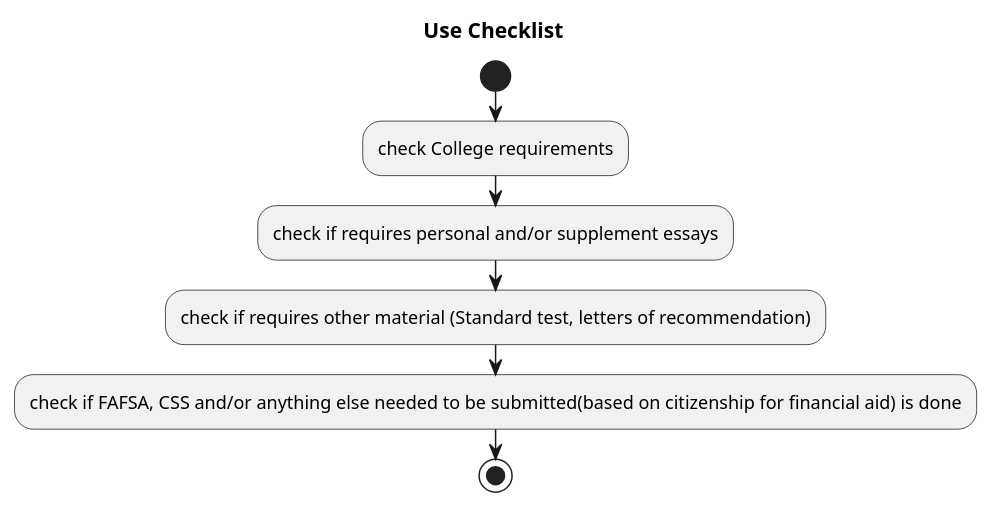
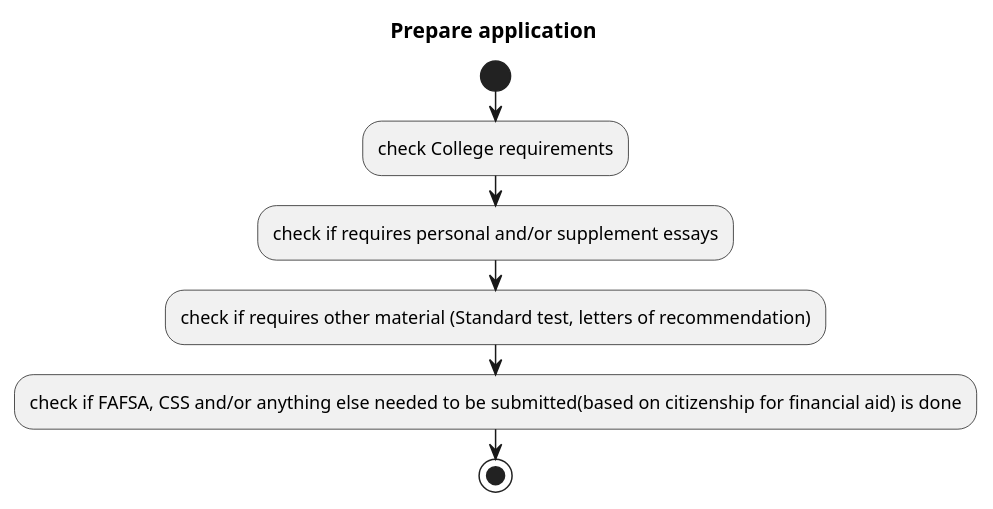
One commit to jlederer33/Essay-Review-App changed the diagram in intellij/use-cases/usechecklist.md. Above: the diagram before and after it, drawn with PlantUML. The commit also changed 2 other files, not shown here.

````diff
--- a/intellij/use-cases/usechecklist.md
+++ b/intellij/use-cases/usechecklist.md
@@ -1,9 +1,9 @@
 ```plantuml
-title Use Checklist
+title Prepare application
 start
 :check College requirements;
 :check if requires personal and/or supplement essays;
 :check if requires other material (Standard test, letters of recommendation);
 :check if FAFSA, CSS and/or anything else needed to be submitted(based on citizenship for financial aid) is done;
 stop
 ```
````
